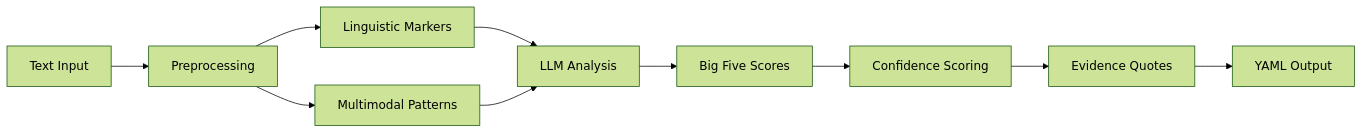
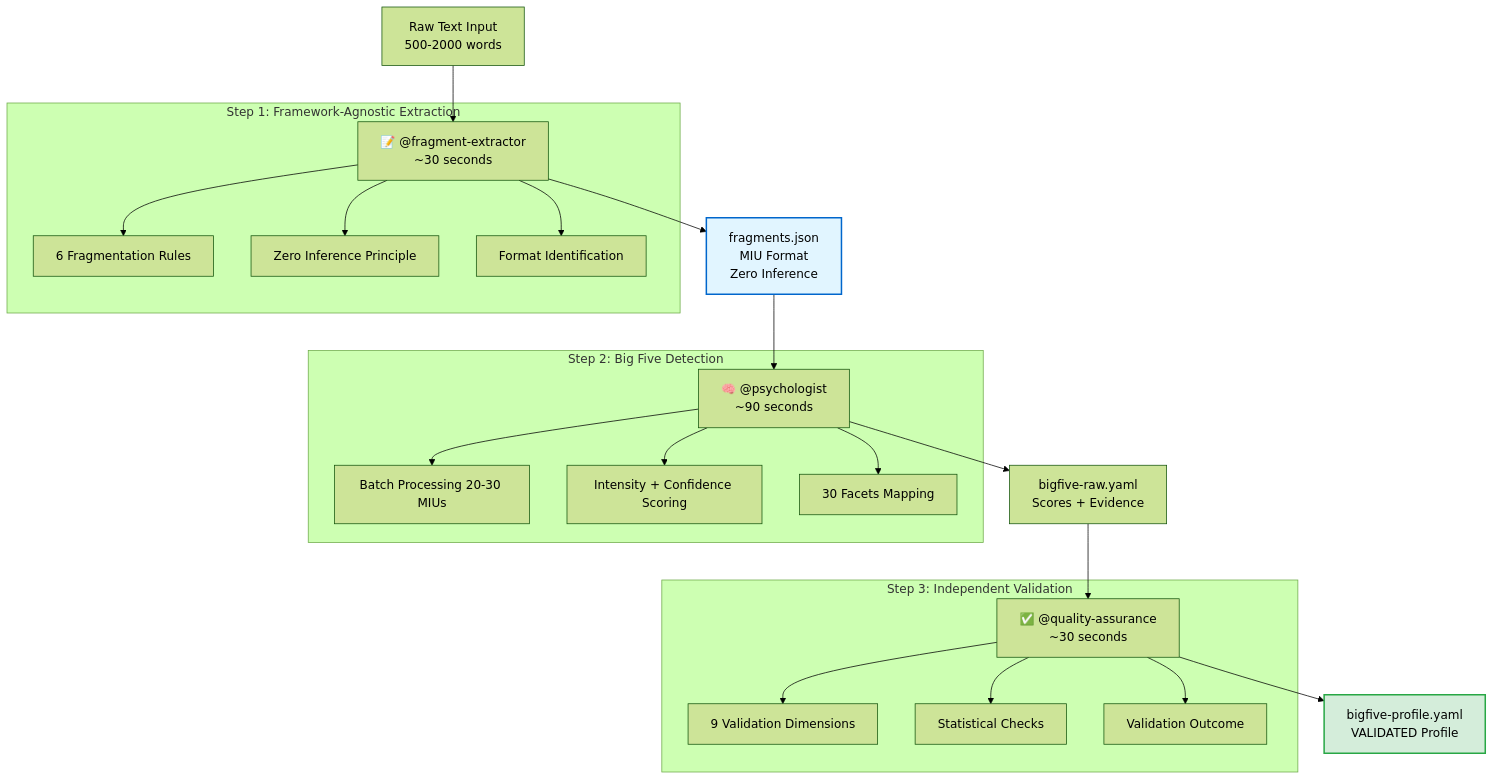
One commit to roverigor/cursos-academia-lendaria changed the diagram in expansion-packs/innerlens/README.md. Above: the diagram before and after it, drawn with Mermaid (forest theme). The commit also changed other lines of this file and 59 other files, not shown here.

First line of the commit message:
refactor: update MIU architecture and documentation for InnerLens expansion pack

````diff
--- a/expansion-packs/innerlens/README.md
+++ b/expansion-packs/innerlens/README.md
@@ -215,12 +287,47 @@
 ```mermaid
-graph LR
-    A[Text Input] --> B[Preprocessing]
-    B --> C[Linguistic Markers]
-    B --> D[Multimodal Patterns]
-    C --> E[LLM Analysis]
-    D --> E
-    E --> F[Big Five Scores]
-    F --> G[Confidence Scoring]
-    G --> H[Evidence Quotes]
-    H --> I[YAML Output]
+graph TB
+    A[Raw Text Input<br/>500-2000 words] --> B[📝 @fragment-extractor<br/>~30 seconds]
+
+    B --> C[fragments.json<br/>MIU Format<br/>Zero Inference]
+
+    C --> D[🧠 @psychologist<br/>~90 seconds]
+
+    D --> E[bigfive-raw.yaml<br/>Scores + Evidence]
+
+    E --> F[✅ @quality-assurance<br/>~30 seconds]
+
+    F --> G[bigfive-profile.yaml<br/>VALIDATED Profile]
+
+    style C fill:#e1f5ff,stroke:#0066cc,stroke-width:2px
+    style G fill:#d4edda,stroke:#28a745,stroke-width:2px
+
+    subgraph "Step 1: Framework-Agnostic Extraction"
+        B
+        B1[6 Fragmentation Rules]
+        B2[Zero Inference Principle]
+        B3[Format Identification]
+        B --> B1
+        B --> B2
+        B --> B3
+    end
+
+    subgraph "Step 2: Big Five Detection"
+        D
+        D1[Batch Processing 20-30 MIUs]
+        D2[Intensity + Confidence Scoring]
+        D3[30 Facets Mapping]
+        D --> D1
+        D --> D2
+        D --> D3
+    end
+
+    subgraph "Step 3: Independent Validation"
+        F
+        F1[9 Validation Dimensions]
+        F2[Statistical Checks]
+        F3[Validation Outcome]
+        F --> F1
+        F --> F2
+        F --> F3
+    end
 ```
````
